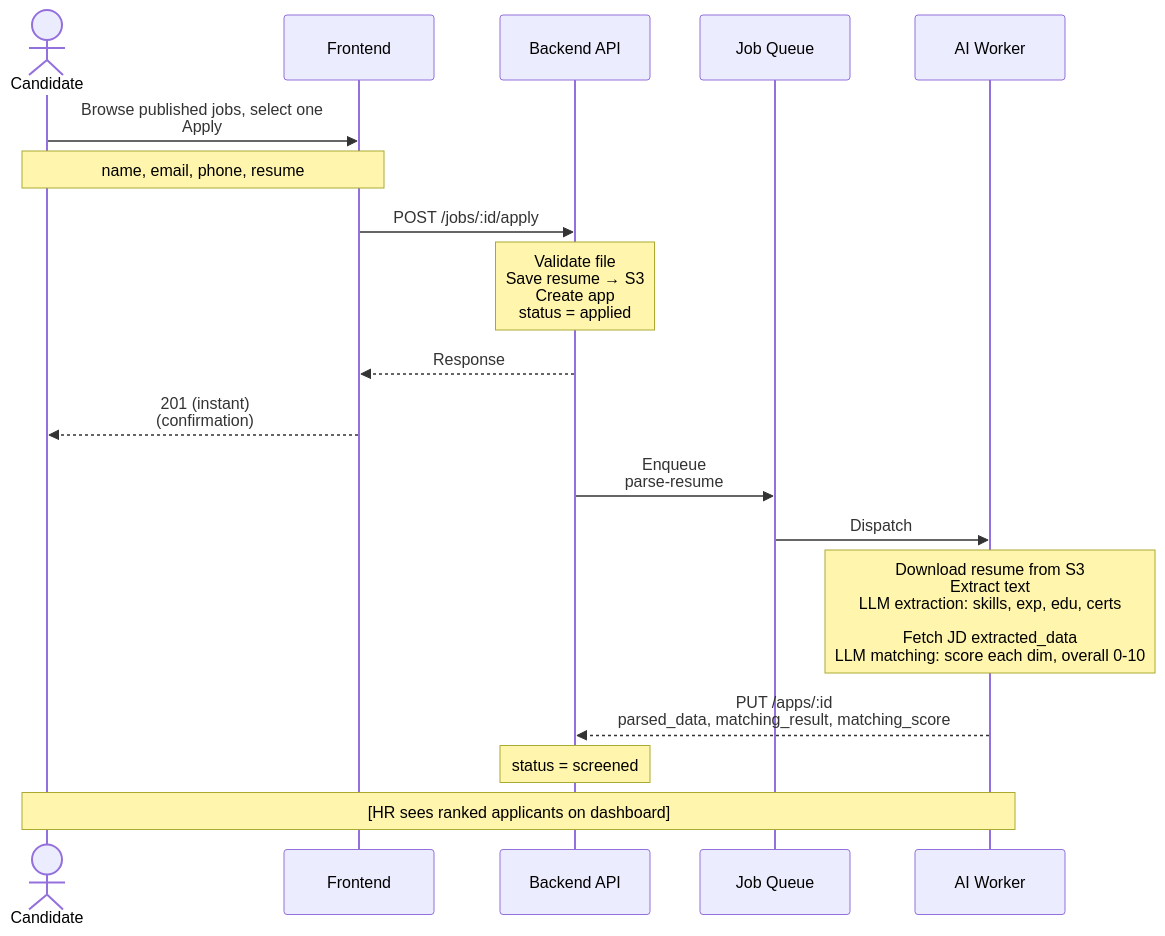
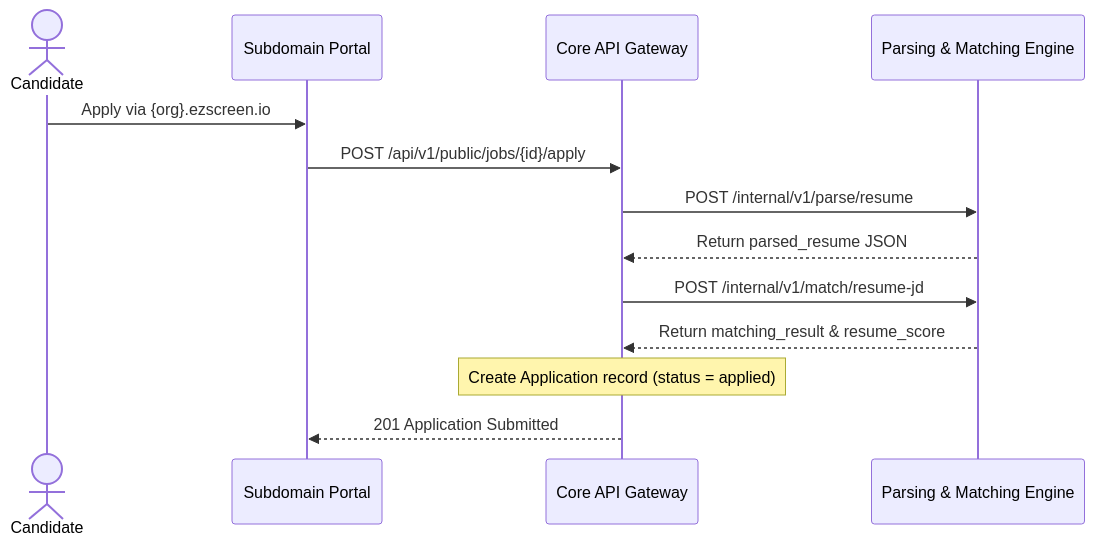
The third of 4 diagrams in docs/requirements/AI_SCREENING_REQUIREMENTS.md (joshsoftware/EZScreen), drawn with Mermaid before and after one commit. The commit also changed other lines of this file and 2 other files, not shown here.

````diff
--- a/docs/requirements/AI_SCREENING_REQUIREMENTS.md
+++ b/docs/requirements/AI_SCREENING_REQUIREMENTS.md
@@ -244,23 +130,16 @@
 ```mermaid
 sequenceDiagram
     actor C as Candidate
-    participant F as Frontend
-    participant B as Backend API
-    participant Q as Job Queue
-    participant W as AI Worker
+    participant F as Subdomain Portal
+    participant B as Core API Gateway
+    participant P as Parsing & Matching Engine
 
-    C->>F: Browse published jobs, select one<br/>Apply
-    Note over C,F: name, email, phone, resume
-    F->>B: POST /jobs/:id/apply
-    Note over B: Validate file<br/>Save resume → S3<br/>Create app<br/>status = applied
-    B-->>F: Response
-    F-->>C: 201 (instant)<br/>(confirmation)
-    
-    B->>Q: Enqueue<br/>parse-resume
-    Q->>W: Dispatch
-    Note over W: Download resume from S3<br/>Extract text<br/>LLM extraction: skills, exp, edu, certs<br/><br/>Fetch JD extracted_data<br/>LLM matching: score each dim, overall 0-10
-    W-->>B: PUT /apps/:id<br/>parsed_data, matching_result, matching_score
-    Note over B: status = screened
-    
-    Note over C,W: [HR sees ranked applicants on dashboard]
+    C->>F: Apply via {org}.ezscreen.io
+    F->>B: POST /api/v1/public/jobs/{id}/apply
+    B->>P: POST /internal/v1/parse/resume
+    P-->>B: Return parsed_resume JSON
+    B->>P: POST /internal/v1/match/resume-jd
+    P-->>B: Return matching_result & resume_score
+    Note over B: Create Application record (status = applied)
+    B-->>F: 201 Application Submitted
 ```
````
